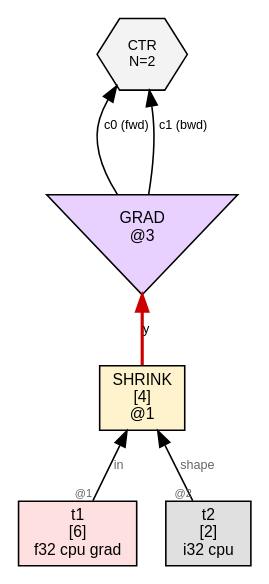
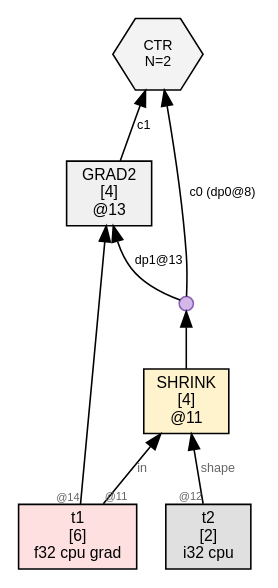
Before and after one commit to sw1sh/TinyHVM: the diagram in wl/examples/thvm_graphs/grad_rules/shrink/thvm_0_pre_reduce.dot, drawn with Graphviz. The commit also changed 156 other files, not shown here.

First line of the commit message:
grad: migrate mk() to UOP_GRAD2; all 50 rule tests flow through new path

```diff
--- a/wl/examples/thvm_graphs/grad_rules/shrink/thvm_0_pre_reduce.dot
+++ b/wl/examples/thvm_graphs/grad_rules/shrink/thvm_0_pre_reduce.dot
@@ -1,16 +1,19 @@
 digraph G {
   rankdir=BT;
   node [fontname="Helvetica", fontsize=10, style=filled, shape=box, margin="0.1,0.05"];
   edge [fontsize=8, fontname="Helvetica"];
 
-  n1 [label="SHRINK\n[4]\n@1", shape=box, fillcolor="#fff3cd"];
+  n13 [label="GRAD2\n[4]\n@13", shape=box, fillcolor="#f0f0f0"];
+  dup10 [label="", shape=circle, width=0.12, height=0.12, fixedsize=true, fillcolor="#d4b8e8", color="#8a63b7", fontsize=1];
+  n11 -> dup10;
+  dup10 -> n13 [label="dp1@13"];
   t1 [label="t1\n[6]\nf32 cpu grad",shape=box,fillcolor="#ffe0e0"];
-  t1 -> n1 [label="in",taillabel="@1",labelfontsize=7,fontcolor="#666666"];
+  t1 -> n13 [label="",taillabel="@14",labelfontsize=7,fontcolor="#666666"];
+  n11 [label="SHRINK\n[4]\n@11", shape=box, fillcolor="#fff3cd"];
+  t1 -> n11 [label="in",taillabel="@11",labelfontsize=7,fontcolor="#666666"];
   t2 [label="t2\n[2]\ni32 cpu",shape=box,fillcolor="#e0e0e0"];
-  t2 -> n1 [label="shape",taillabel="@2",labelfontsize=7,fontcolor="#666666"];
-  ctr6 [label="CTR\nN=2", shape=hexagon, fillcolor="#f3f3f3", fontsize=9];
-  grad3 [label="GRAD\n@3", shape=invtriangle, fillcolor="#e8d0ff"];
-  n1 -> grad3 [label="y",color="#cc0000",penwidth=2.0];
-  grad3 -> ctr6 [label="c0 (fwd)"];
-  grad3 -> ctr6 [label="c1 (bwd)"];
+  t2 -> n11 [label="shape",taillabel="@12",labelfontsize=7,fontcolor="#666666"];
+  ctr8 [label="CTR\nN=2", shape=hexagon, fillcolor="#f3f3f3", fontsize=9];
+  dup10 -> ctr8 [label="c0 (dp0@8)"];
+  n13 -> ctr8 [label="c1"];
 }
```
